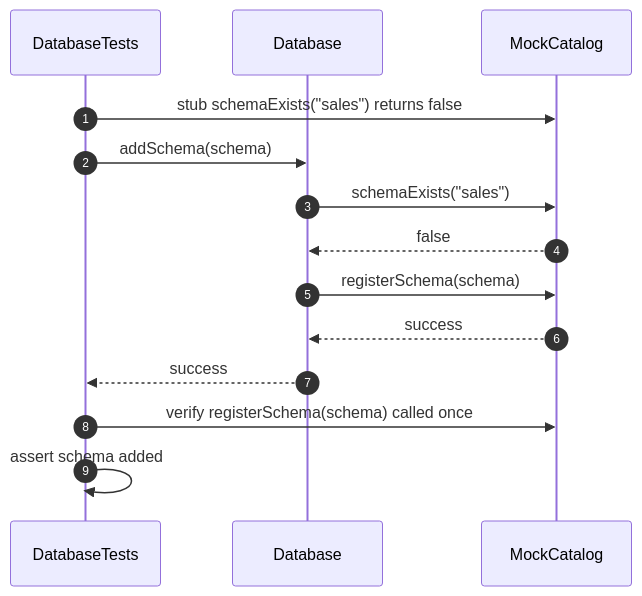
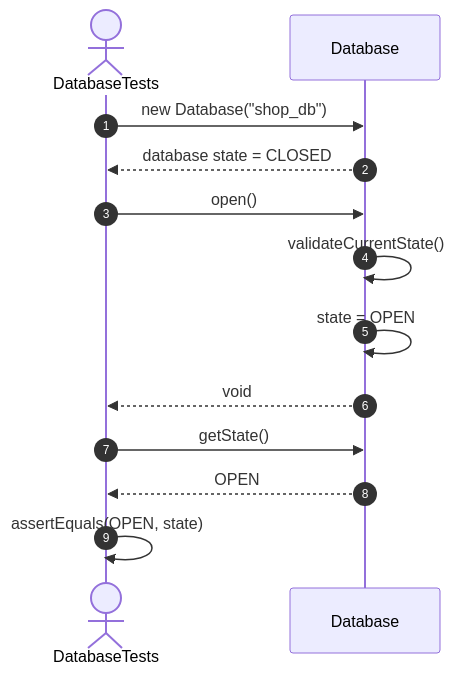
Before and after one commit to FhuAnn/-bbv-AN-s-DBMS: the eighth of 41 diagrams in src/tests/unit/database/sequences/database-testing.se.md, drawn with Mermaid. The commit also changed other lines of this file and 60 other files, not shown here.

````diff
--- a/src/tests/unit/database/sequences/database-testing.se.md
+++ b/src/tests/unit/database/sequences/database-testing.se.md
@@ -185,22 +194,20 @@
 ```mermaid
 sequenceDiagram
     autonumber
 
-    participant Test as DatabaseTests
-    participant Database
-    participant Catalog as MockCatalog
+    actor Test as DatabaseTests
+    participant DB as Database
 
-    Test->>Catalog: stub schemaExists("sales") returns false
-    Test->>Database: addSchema(schema)
+    Test->>DB: new Database("shop_db")
+    DB-->>Test: database state = CLOSED
 
-    Database->>Catalog: schemaExists("sales")
-    Catalog-->>Database: false
+    Test->>DB: open()
+    DB->>DB: validateCurrentState()
+    DB->>DB: state = OPEN
+    DB-->>Test: void
 
-    Database->>Catalog: registerSchema(schema)
-    Catalog-->>Database: success
+    Test->>DB: getState()
+    DB-->>Test: OPEN
 
-    Database-->>Test: success
-
-    Test->>Catalog: verify registerSchema(schema) called once
-    Test->>Test: assert schema added
+    Test->>Test: assertEquals(OPEN, state)
 ```
````
